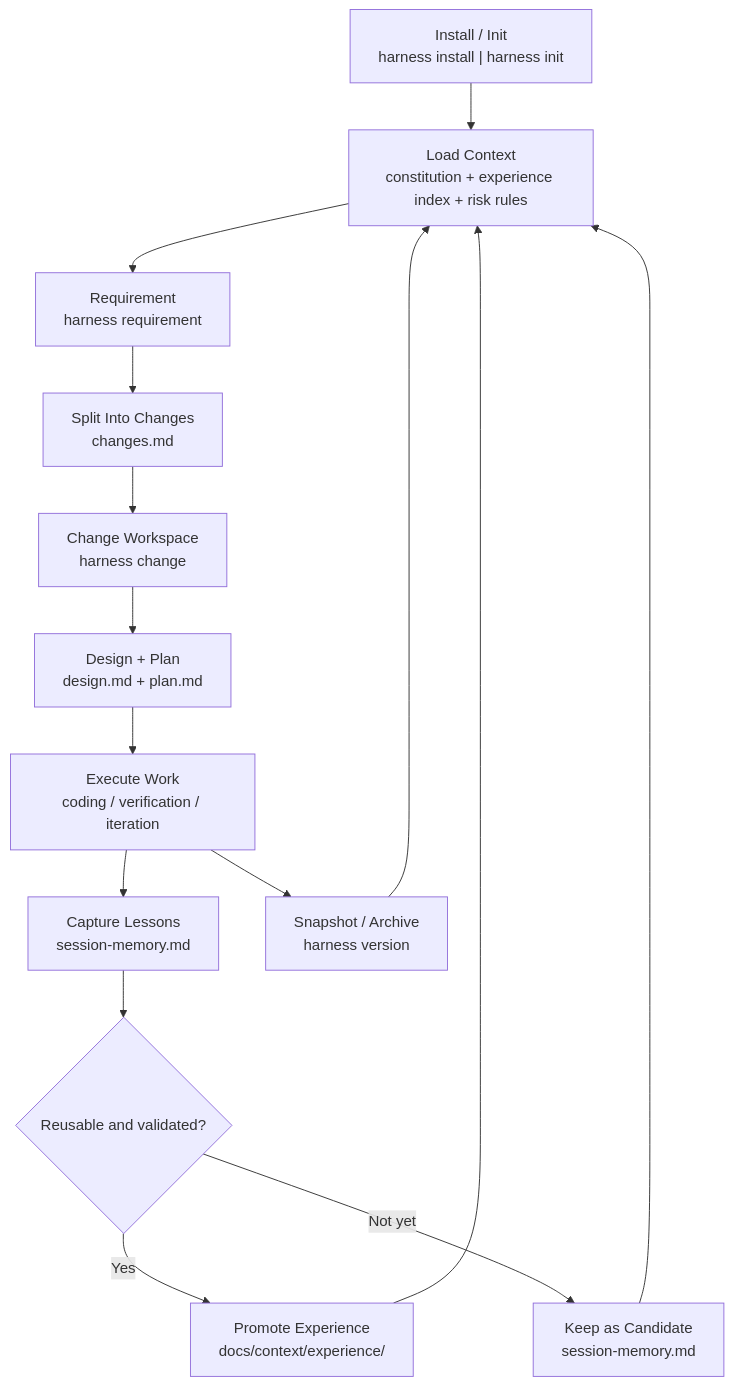
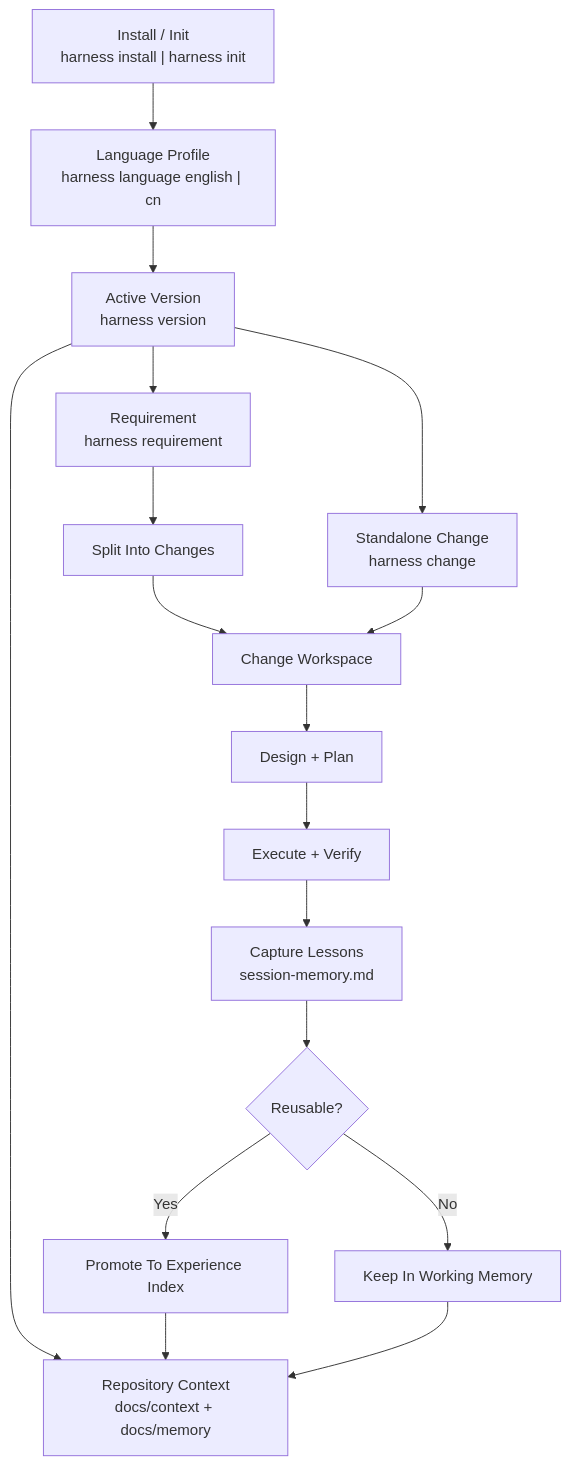
Before and after one commit to togally/harness-workflow: the diagram in README.md, drawn with Mermaid. The commit also changed other lines of this file and 33 other files, not shown here.

Commit message:
Adopt version-centered bilingual harness workflow

````diff
--- a/README.md
+++ b/README.md
@@ -139,17 +123,19 @@
 ```mermaid
 flowchart TD
-    A["Install / Init<br/>harness install | harness init"] --> B["Load Context<br/>constitution + experience index + risk rules"]
-    B --> C["Requirement<br/>harness requirement"]
-    C --> D["Split Into Changes<br/>changes.md"]
-    D --> E["Change Workspace<br/>harness change"]
-    E --> F["Design + Plan<br/>design.md + plan.md"]
-    F --> G["Execute Work<br/>coding / verification / iteration"]
-    G --> H["Capture Lessons<br/>session-memory.md"]
-    H --> I{"Reusable and validated?"}
-    I -- "Yes" --> J["Promote Experience<br/>docs/context/experience/"]
-    I -- "Not yet" --> K["Keep as Candidate<br/>session-memory.md"]
-    G --> L["Snapshot / Archive<br/>harness version"]
-    J --> B
-    K --> B
-    L --> B
+    A["Install / Init<br/>harness install | harness init"] --> B["Language Profile<br/>harness language english | cn"]
+    B --> C["Active Version<br/>harness version"]
+    C --> D["Repository Context<br/>docs/context + docs/memory"]
+    C --> E["Requirement<br/>harness requirement"]
+    C --> F["Standalone Change<br/>harness change"]
+    E --> G["Split Into Changes"]
+    G --> H["Change Workspace"]
+    F --> H
+    H --> I["Design + Plan"]
+    I --> J["Execute + Verify"]
+    J --> K["Capture Lessons<br/>session-memory.md"]
+    K --> L{"Reusable?"}
+    L -- "Yes" --> M["Promote To Experience Index"]
+    L -- "No" --> N["Keep In Working Memory"]
+    M --> D
+    N --> D
 ```
````
